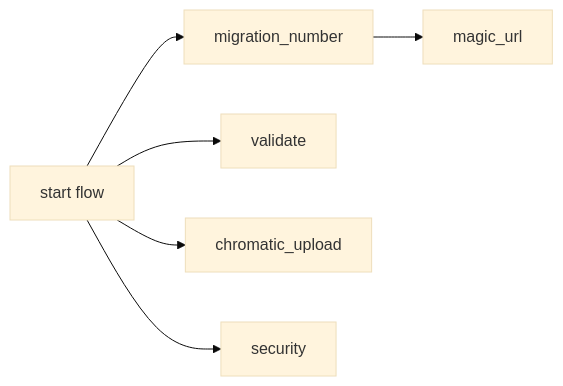
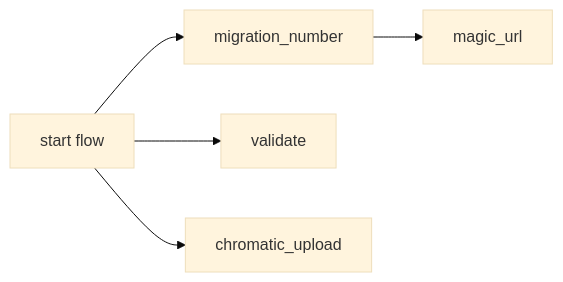
Before and after one commit to JupiterOne/.github: the second of 2 diagrams in .github/workflows/docs/frontend/frontend_runtime_utility_pr.md, drawn with Mermaid (base theme). The commit also changed other lines of this file and 24 other files, not shown here.

````diff
--- a/.github/workflows/docs/frontend/frontend_runtime_utility_pr.md
+++ b/.github/workflows/docs/frontend/frontend_runtime_utility_pr.md
@@ -74,15 +72,13 @@
 ```mermaid
 graph LR;
     A[start flow];
     B[migration_number];
     C[magic_url];
     D[validate];
     E[chromatic_upload];
-    F[security];
 
     A --> B;
     A --> D;
     A --> E;
-    A --> F;
     B --> C;
 ```
````
